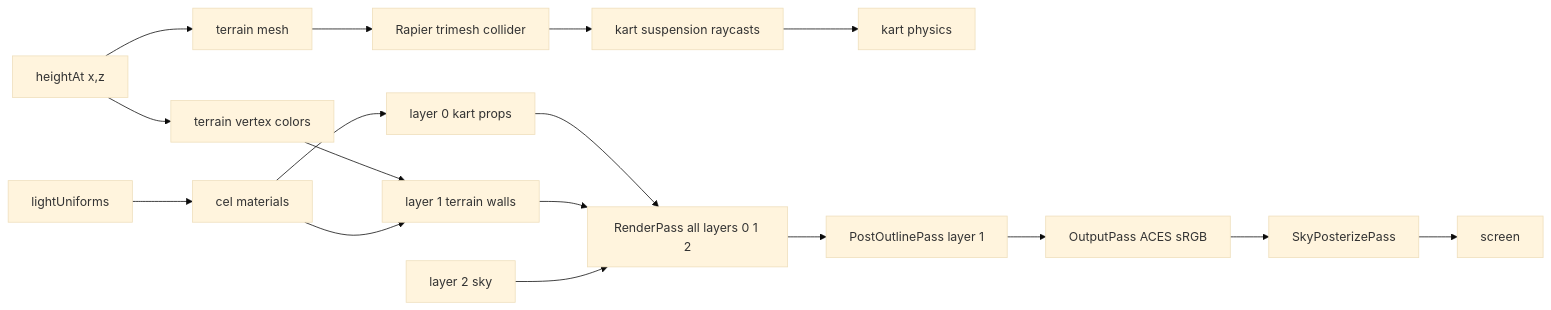
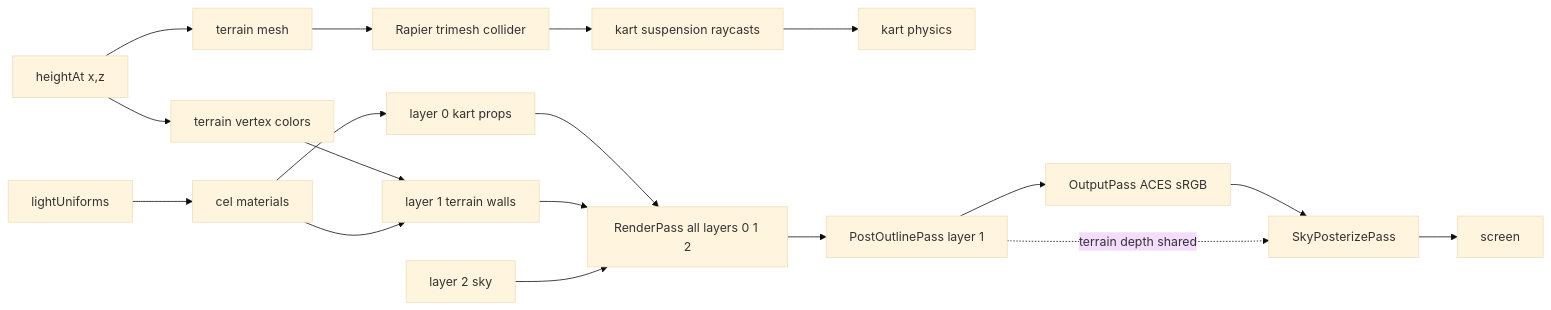
The diagram in docs/knowledge/data-flows/render-pipeline.md (jjgroenendijk/cart-game), drawn with Mermaid (base theme) before and after one commit. The commit also changed other lines of this file and 4 other files, not shown here.

Commit message:
perf(render): share terrain depth between mask passes (#196)

````diff
--- a/docs/knowledge/data-flows/render-pipeline.md
+++ b/docs/knowledge/data-flows/render-pipeline.md
@@ -11,19 +11,20 @@
 ```mermaid
 flowchart LR
   height[heightAt x,z] --> mesh[terrain mesh]
   height --> color[terrain vertex colors]
   mesh --> collider[Rapier trimesh collider]
   collider --> suspension[kart suspension raycasts]
   suspension --> kart[kart physics]
   color --> layer1[layer 1 terrain walls]
   light[lightUniforms] --> cel[cel materials]
   cel --> layer0[layer 0 kart props]
   cel --> layer1
   layer0 --> renderPass[RenderPass all layers 0 1 2]
   layer1 --> renderPass
   sky[layer 2 sky] --> renderPass
   renderPass --> outline[PostOutlinePass layer 1]
   outline --> output[OutputPass ACES sRGB]
   output --> posterize[SkyPosterizePass]
+  outline -. terrain depth shared .-> posterize
   posterize --> screen[screen]
 ```
````
